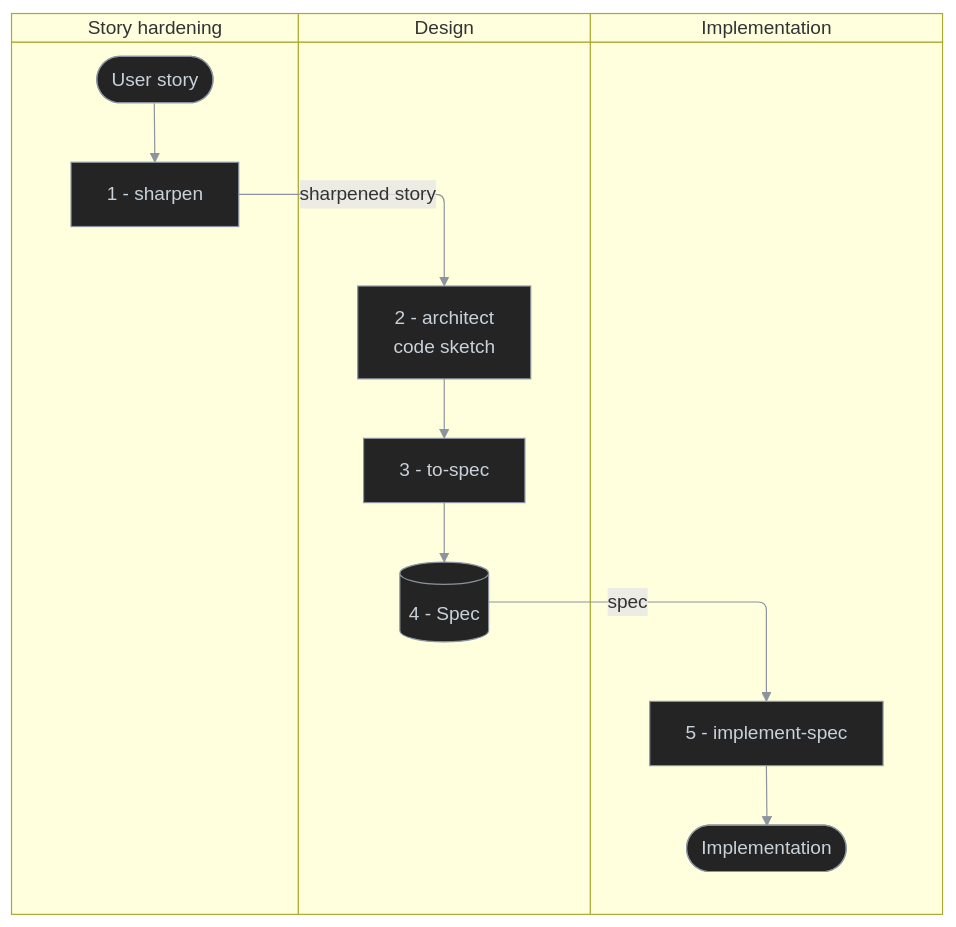
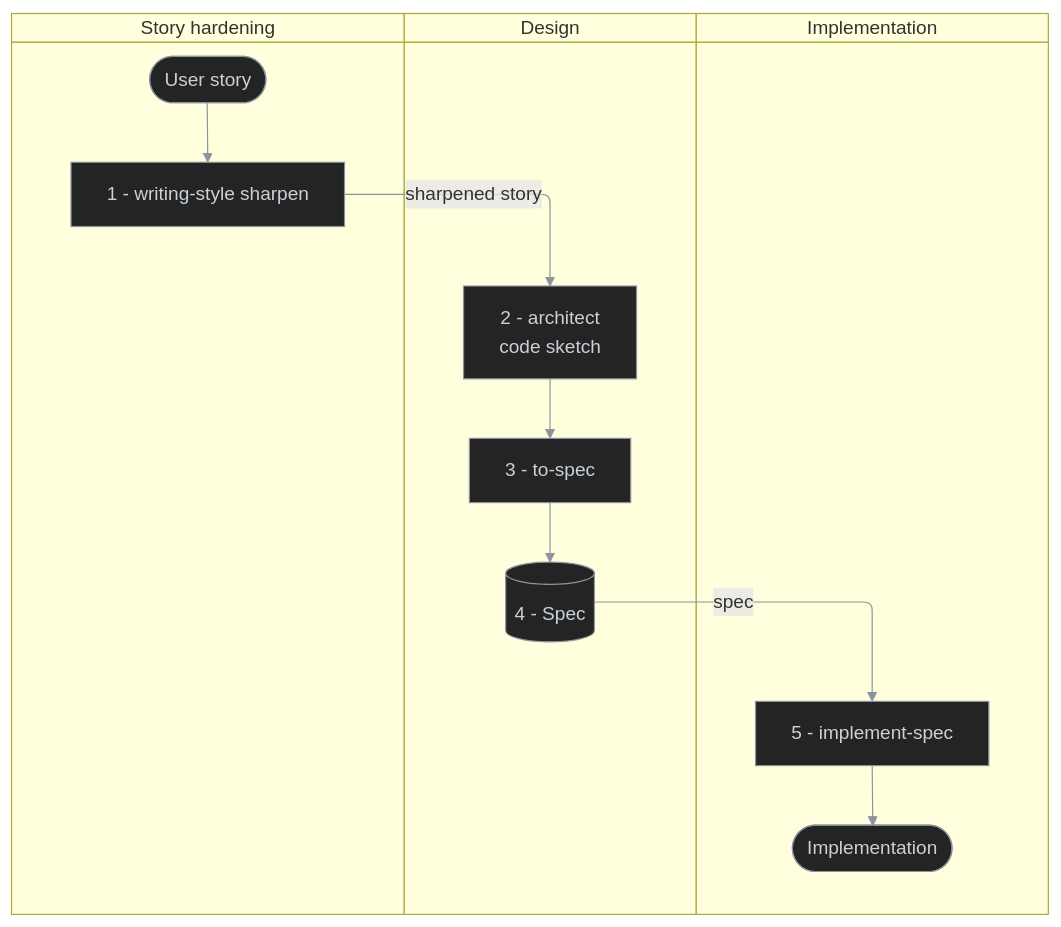
One commit to antshc/brain changed the third of 4 diagrams in plugins/wf/README.md. Above: the diagram before and after it, drawn with Mermaid. The commit also changed other lines of this file and 55 other files, not shown here.

````diff
--- a/plugins/wf/README.md
+++ b/plugins/wf/README.md
@@ -115,27 +115,27 @@
 ```mermaid
 %%{init: {'themeVariables': {'lineColor': '#8b949e'}}}%%
 %% diagram-id: wf-story-to-implementation-swimlane
 swimlane-beta TB
   accTitle: Story to implementation responsibility
   accDescr: Shows one User story sharpened, sketched by architect, turned into a spec, and implemented by implement-spec.
 
   subgraph story [Story hardening]
     userStory([User story])
-    sharpen[1 - sharpen]
+    sharpen[1 - writing-style sharpen]
   end
 
   subgraph design [Design]
     architect[2 - architect<br/>code sketch]
     toSpec[3 - to-spec]
     spec[(4 - Spec)]
   end
 
   subgraph implementation [Implementation]
     implementSpec[5 - implement-spec]
     done([Implementation])
   end
 
   userStory --> sharpen -->|sharpened story| architect --> toSpec --> spec -->|spec| implementSpec --> done
 
   classDef default fill:#242424,stroke:#8b949e,color:#c9d1d9,stroke-width:1px
 ```
````
